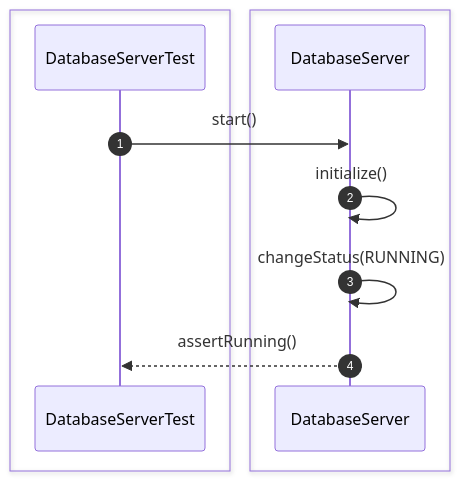
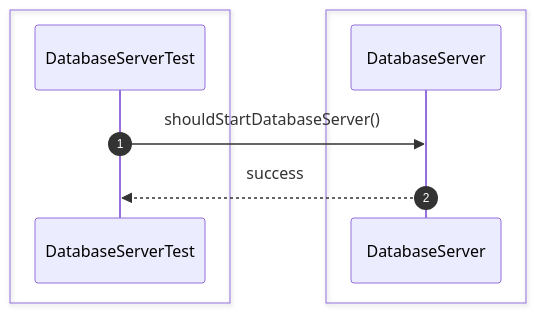
The first of 44 diagrams in src/sequence/db-server.md (Huy1801214/dbms-architecture), drawn with Mermaid before and after one commit. The commit also changed other lines of this file and 68 other files, not shown here.

Commit message:
implement comprehensive unit test suite and architectural sequence documentation

````diff
--- a/src/sequence/db-server.md
+++ b/src/sequence/db-server.md
@@ -6,16 +6,13 @@
 ```mermaid
 sequenceDiagram
     autonumber
-
     box #e1f5fe Test Suite
     participant Test as DatabaseServerTest
     end
-    box #e3f2fd Server Managers
-    participant Server as DatabaseServer
+    box #e3f2fd DatabaseServer Component
+    participant DS as DatabaseServer
     end
 
-    Test->>Server: start()
-    Server->>Server: initialize()
-    Server->>Server: changeStatus(RUNNING)
-    Server-->>Test: assertRunning()
+    Test->>DS: shouldStartDatabaseServer()
+    DS-->>Test: success
 ```
````
